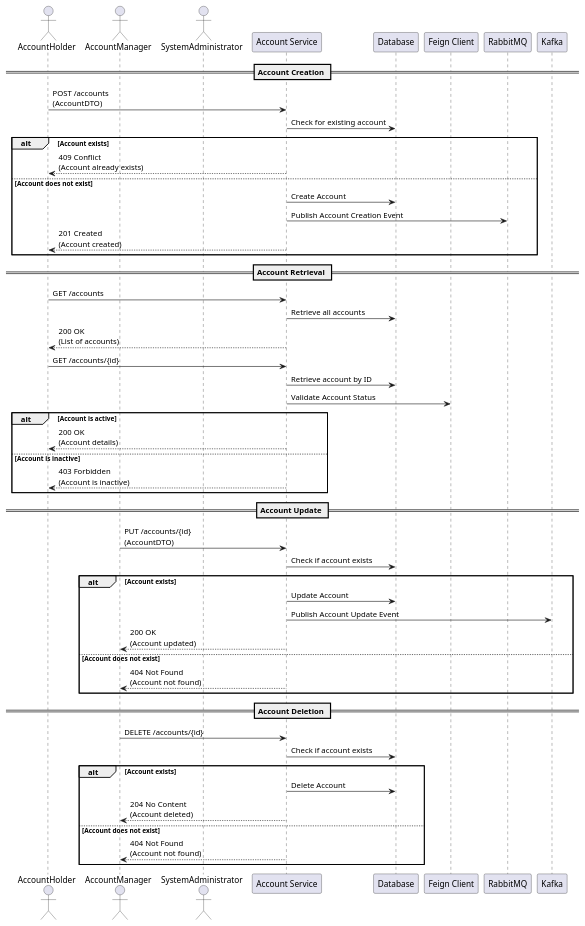
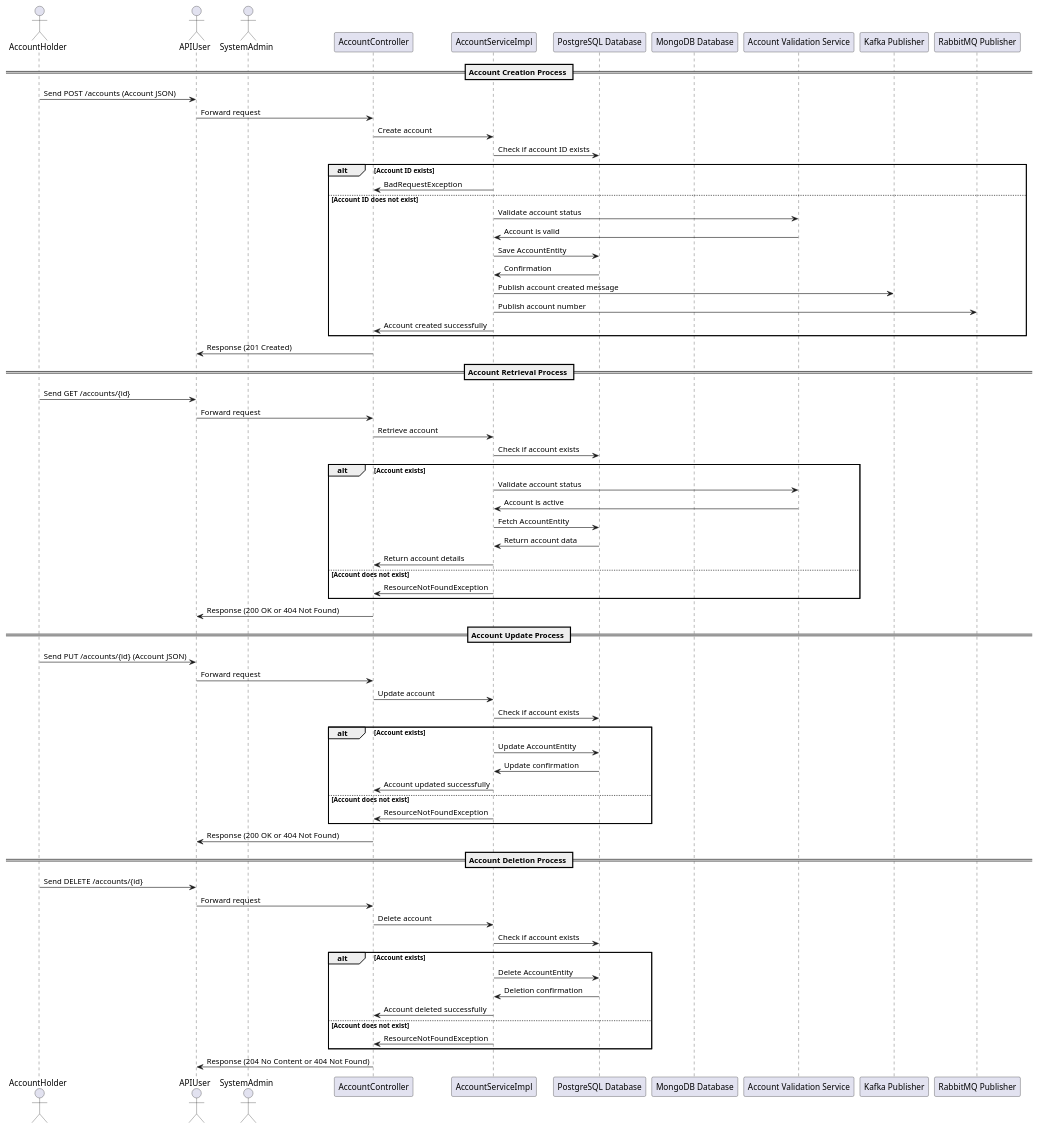
One commit to Bhaskar-Pavan/AccountService changed the diagram in design_document/Account_Service.md. Above: the diagram before and after it, drawn with PlantUML. The commit also changed other lines of this file, not shown here.

````diff
--- a/design_document/Account_Service.md
+++ b/design_document/Account_Service.md
@@ -54,59 +36,78 @@
 ```plantuml
 @startuml
-actor AccountHolder
-actor AccountManager
-actor SystemAdministrator
-participant "Account Service" as AccountService
-participant "Database" as DB
-participant "Feign Client" as FeignClient
-participant "RabbitMQ" as RabbitMQ
-participant "Kafka" as Kafka
 
-== Account Creation ==
-AccountHolder -> AccountService : POST /accounts\n(AccountDTO)
-AccountService -> DB : Check for existing account
+actor AccountHolder as AH
+actor APIUser as API
+actor SystemAdmin as SA
+participant "AccountController" as AC
+participant "AccountServiceImpl" as AS
+participant "PostgreSQL Database" as PG
+participant "MongoDB Database" as MG
+participant "Account Validation Service" as AVS
+participant "Kafka Publisher" as KP
+participant "RabbitMQ Publisher" as RP
+
+== Account Creation Process ==
+AH -> API: Send POST /accounts (Account JSON)
+API -> AC: Forward request
+AC -> AS: Create account
+AS -> PG: Check if account ID exists
+alt Account ID exists
+    AS -> AC: BadRequestException
+else Account ID does not exist
+    AS -> AVS: Validate account status
+    AVS -> AS: Account is valid
+    AS -> PG: Save AccountEntity
+    PG -> AS: Confirmation
+    AS -> KP: Publish account created message
+    AS -> RP: Publish account number
+    AS -> AC: Account created successfully
+end
+AC -> API: Response (201 Created)
+
+== Account Retrieval Process ==
+AH -> API: Send GET /accounts/{id}
+API -> AC: Forward request
+AC -> AS: Retrieve account
+AS -> PG: Check if account exists
 alt Account exists
-    AccountService --> AccountHolder : 409 Conflict\n(Account already exists)
+    AS -> AVS: Validate account status
+    AVS -> AS: Account is active
+    AS -> PG: Fetch AccountEntity
+    PG -> AS: Return account data
+    AS -> AC: Return account details
 else Account does not exist
-    AccountService -> DB : Create Account
-    AccountService -> RabbitMQ : Publish Account Creation Event
-    AccountService --> AccountHolder : 201 Created\n(Account created)
+    AS -> AC: ResourceNotFoundException
 end
+AC -> API: Response (200 OK or 404 Not Found)
 
-== Account Retrieval ==
-AccountHolder -> AccountService : GET /accounts
-AccountService -> DB : Retrieve all accounts
-AccountService --> AccountHolder : 200 OK\n(List of accounts)
+== Account Update Process ==
+AH -> API: Send PUT /accounts/{id} (Account JSON)
+API -> AC: Forward request
+AC -> AS: Update account
+AS -> PG: Check if account exists
+alt Account exists
+    AS -> PG: Update AccountEntity
+    PG -> AS: Update confirmation
+    AS -> AC: Account updated successfully
+else Account does not exist
+    AS -> AC: ResourceNotFoundException
+end
+AC -> API: Response (200 OK or 404 Not Found)
 
-AccountHolder -> AccountService : GET /accounts/{id}
-AccountService -> DB : Retrieve account by ID
-AccountService -> FeignClient : Validate Account Status
-alt Account is active
-    AccountService --> AccountHolder : 200 OK\n(Account details)
-else Account is inactive
-    AccountService --> AccountHolder : 403 Forbidden\n(Account is inactive)
+== Account Deletion Process ==
+AH -> API: Send DELETE /accounts/{id}
+API -> AC: Forward request
+AC -> AS: Delete account
+AS -> PG: Check if account exists
+alt Account exists
+    AS -> PG: Delete AccountEntity
+    PG -> AS: Deletion confirmation
+    AS -> AC: Account deleted successfully
+else Account does not exist
+    AS -> AC: ResourceNotFoundException
 end
-
-== Account Update ==
-AccountManager -> AccountService : PUT /accounts/{id}\n(AccountDTO)
-AccountService -> DB : Check if account exists
-alt Account exists
-    AccountService -> DB : Update Account
-    AccountService -> Kafka : Publish Account Update Event
-    AccountService --> AccountManager : 200 OK\n(Account updated)
-else Account does not exist
-    AccountService --> AccountManager : 404 Not Found\n(Account not found)
-end
-
-== Account Deletion ==
-AccountManager -> AccountService : DELETE /accounts/{id}
-AccountService -> DB : Check if account exists
-alt Account exists
-    AccountService -> DB : Delete Account
-    AccountService --> AccountManager : 204 No Content\n(Account deleted)
-else Account does not exist
-    AccountService --> AccountManager : 404 Not Found\n(Account not found)
-end
+AC -> API: Response (204 No Content or 404 Not Found)
 
 @enduml
 ```
````
